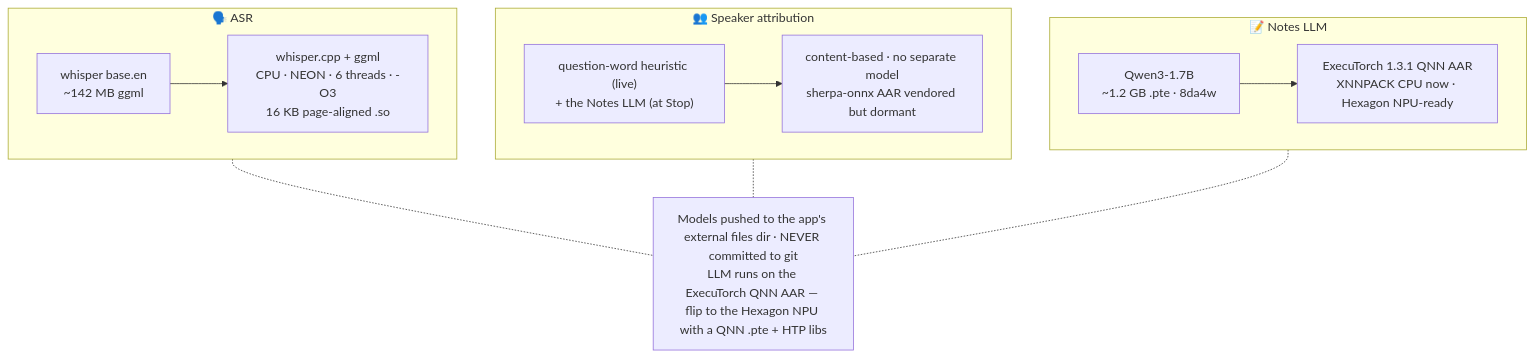
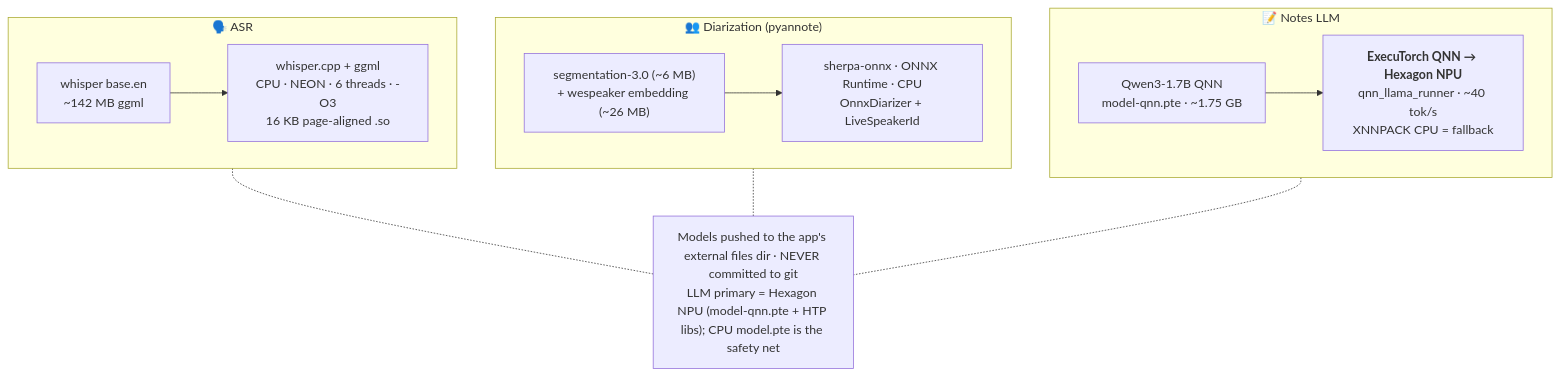
The sixth of 8 diagrams in ARCHITECTURE.md (Dileep2896/sub-rosa-executorch), drawn with Mermaid before and after one commit. The commit also changed other lines of this file and 1 other file, not shown here.

First line of the commit message:
Docs: QNN/Hexagon NPU as primary LLM path; Whisper + pyannote diarization

````diff
--- a/ARCHITECTURE.md
+++ b/ARCHITECTURE.md
@@ -164,16 +176,16 @@
 ```mermaid
 flowchart TB
     subgraph ASR["🗣️ ASR"]
         M1["whisper base.en<br/>~142 MB ggml"] --> R1["whisper.cpp + ggml<br/>CPU · NEON · 6 threads · -O3<br/>16 KB page-aligned .so"]
     end
-    subgraph ATTRIB["👥 Speaker attribution"]
-        M2["question-word heuristic (live)<br/>+ the Notes LLM (at Stop)"] --> R2["content-based · no separate model<br/>sherpa-onnx AAR vendored but dormant"]
+    subgraph ATTRIB["👥 Diarization (pyannote)"]
+        M2["segmentation-3.0 (~6 MB)<br/>+ wespeaker embedding (~26 MB)"] --> R2["sherpa-onnx · ONNX Runtime · CPU<br/>OnnxDiarizer + LiveSpeakerId"]
     end
     subgraph GEN["📝 Notes LLM"]
-        M3["Qwen3-1.7B<br/>~1.2 GB .pte · 8da4w"] --> R3["ExecuTorch 1.3.1 QNN AAR<br/>XNNPACK CPU now · Hexagon NPU-ready"]
+        M3["Qwen3-1.7B QNN<br/>model-qnn.pte · ~1.75 GB"] --> R3["<b>ExecuTorch QNN → Hexagon NPU</b><br/>qnn_llama_runner · ~40 tok/s<br/>XNNPACK CPU = fallback"]
     end
-    NOTE["Models pushed to the app's external files dir · NEVER committed to git<br/>LLM runs on the ExecuTorch QNN AAR — flip to the Hexagon NPU with a QNN .pte + HTP libs"]
+    NOTE["Models pushed to the app's external files dir · NEVER committed to git<br/>LLM primary = Hexagon NPU (model-qnn.pte + HTP libs); CPU model.pte is the safety net"]
     ASR -.- NOTE
     ATTRIB -.- NOTE
     GEN -.- NOTE
 ```
````
